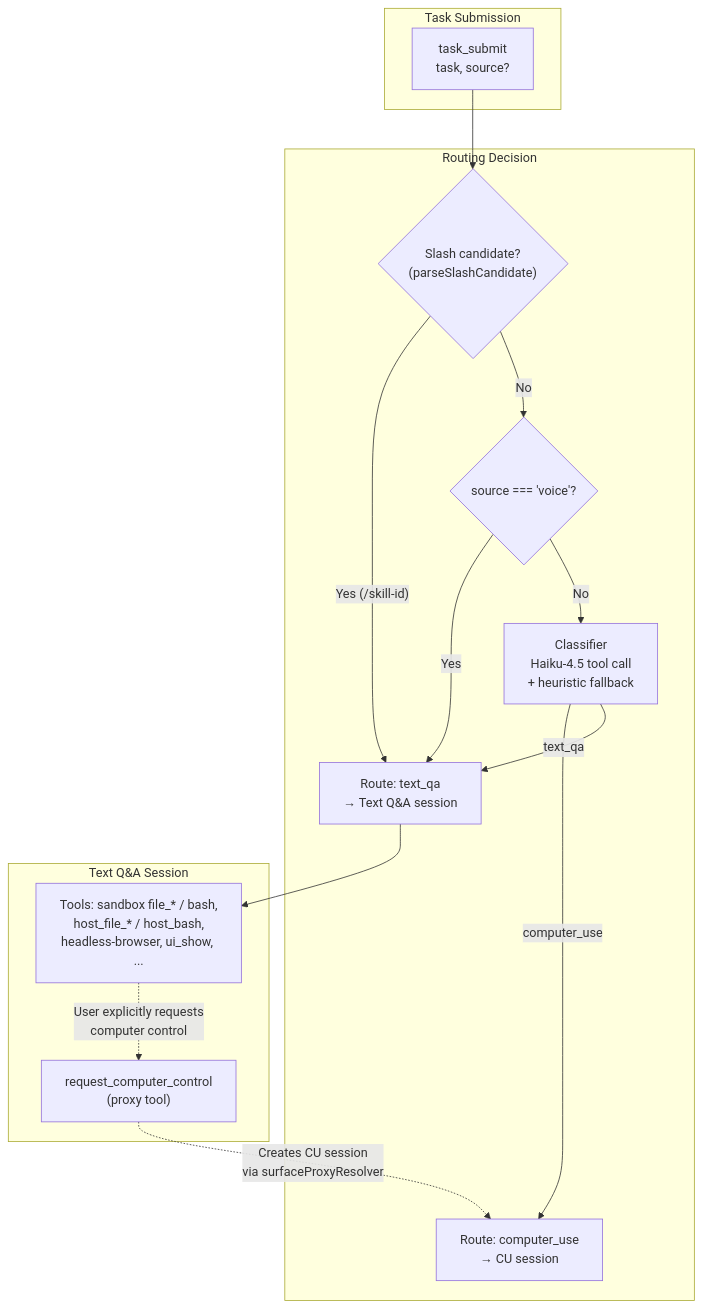
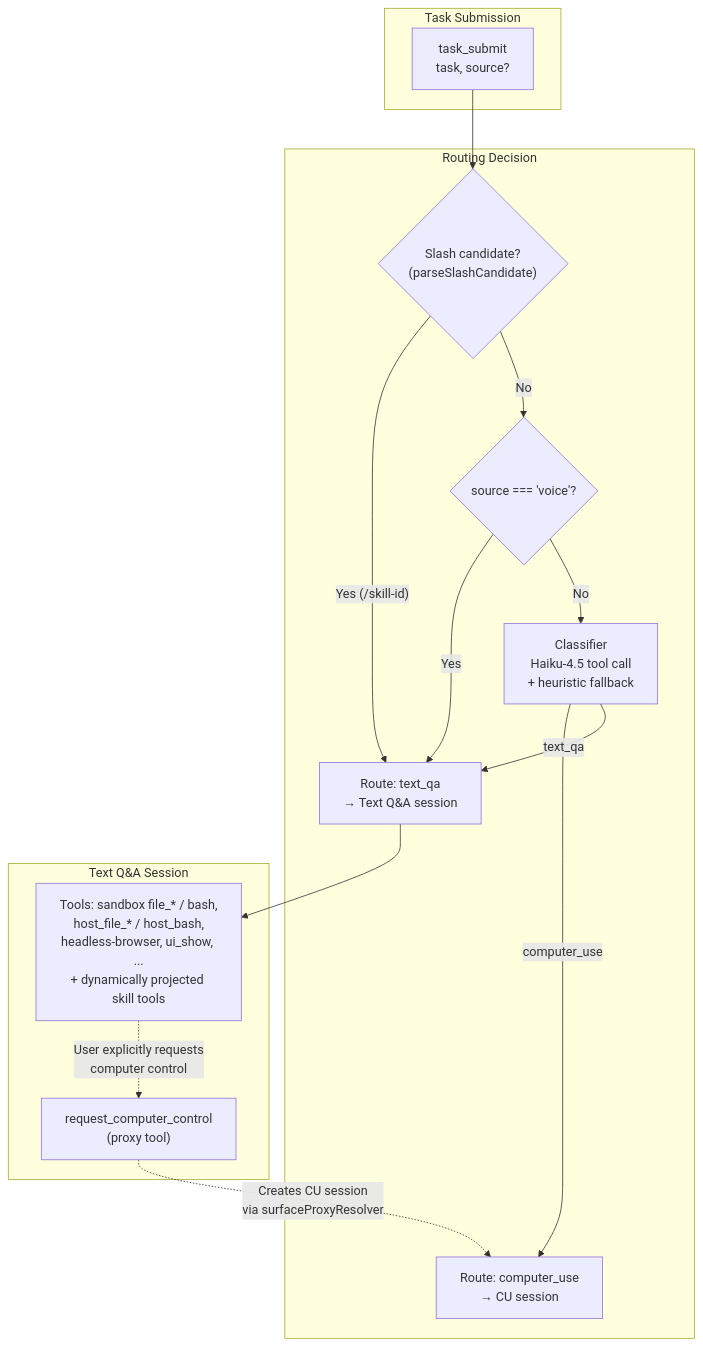
Diagram 13 of 28 in ARCHITECTURE.md (vellum-ai/vellum-assistant), drawn with Mermaid before and after one commit. The commit also changed other lines of this file, not shown here.

Commit message:
docs: update architecture diagram for dynamic skill tool system

````diff
--- a/ARCHITECTURE.md
+++ b/ARCHITECTURE.md
@@ -1181,31 +1203,31 @@
 ```mermaid
 graph TB
     subgraph "Task Submission"
         SUBMIT["task_submit<br/>task, source?"]
     end
 
     subgraph "Routing Decision"
         SLASH_CHECK{"Slash candidate?<br/>(parseSlashCandidate)"}
         VOICE_CHECK{"source === 'voice'?"}
         CLASSIFIER["Classifier<br/>Haiku-4.5 tool call<br/>+ heuristic fallback"]
         CU_ROUTE["Route: computer_use<br/>→ CU session"]
         QA_ROUTE["Route: text_qa<br/>→ Text Q&A session"]
     end
 
     subgraph "Text Q&A Session"
-        TEXT_TOOLS["Tools: sandbox file_* / bash,<br/>host_file_* / host_bash,<br/>headless-browser, ui_show, ..."]
+        TEXT_TOOLS["Tools: sandbox file_* / bash,<br/>host_file_* / host_bash,<br/>headless-browser, ui_show, ...<br/>+ dynamically projected skill tools"]
         ESCALATE["request_computer_control<br/>(proxy tool)"]
     end
 
     SUBMIT --> SLASH_CHECK
     SLASH_CHECK -->|"Yes (/skill-id)"| QA_ROUTE
     SLASH_CHECK -->|"No"| VOICE_CHECK
     VOICE_CHECK -->|"Yes"| QA_ROUTE
     VOICE_CHECK -->|"No"| CLASSIFIER
     CLASSIFIER -->|"computer_use"| CU_ROUTE
     CLASSIFIER -->|"text_qa"| QA_ROUTE
 
     QA_ROUTE --> TEXT_TOOLS
     TEXT_TOOLS -.->|"User explicitly requests<br/>computer control"| ESCALATE
     ESCALATE -.->|"Creates CU session<br/>via surfaceProxyResolver"| CU_ROUTE
 ```
````
